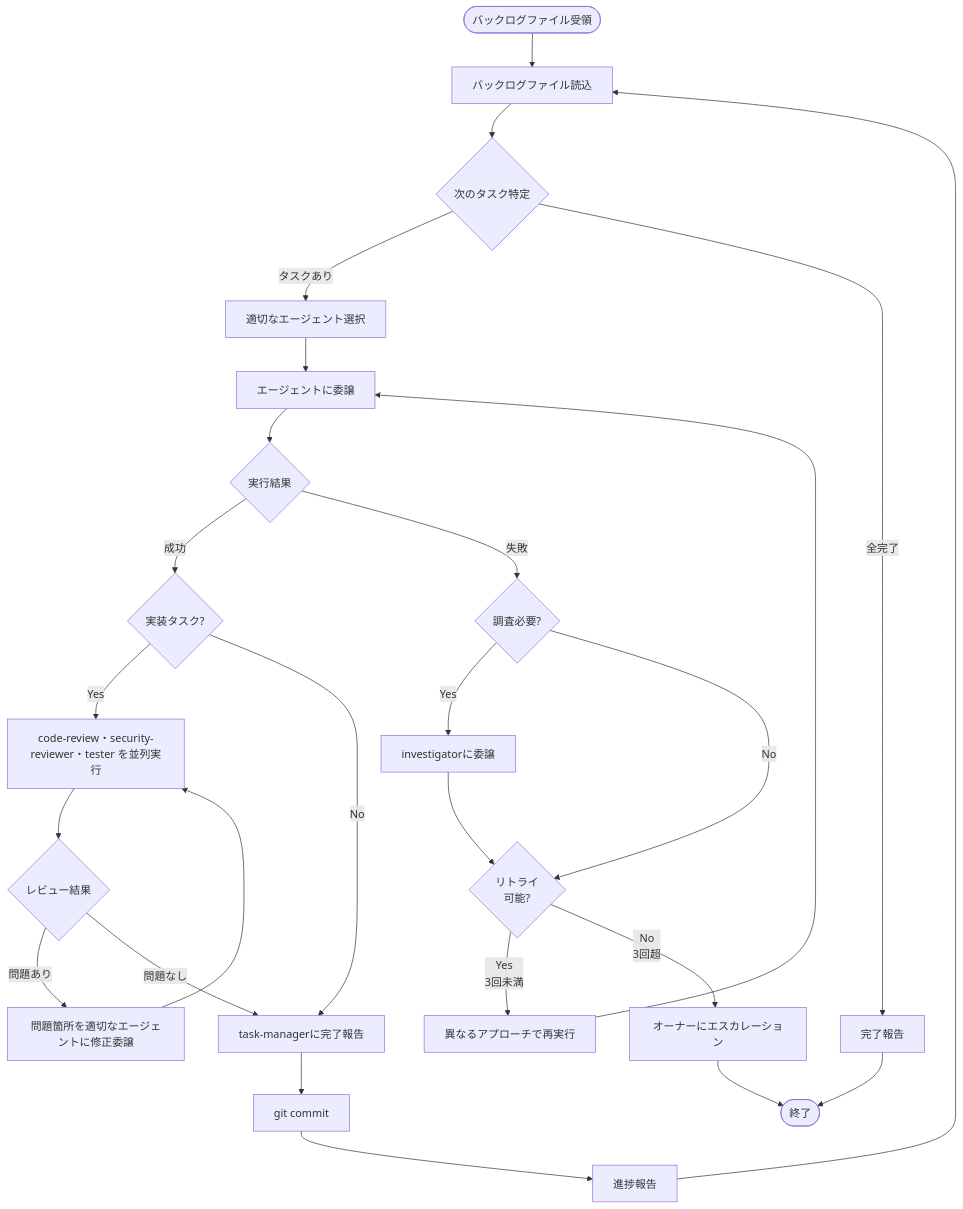
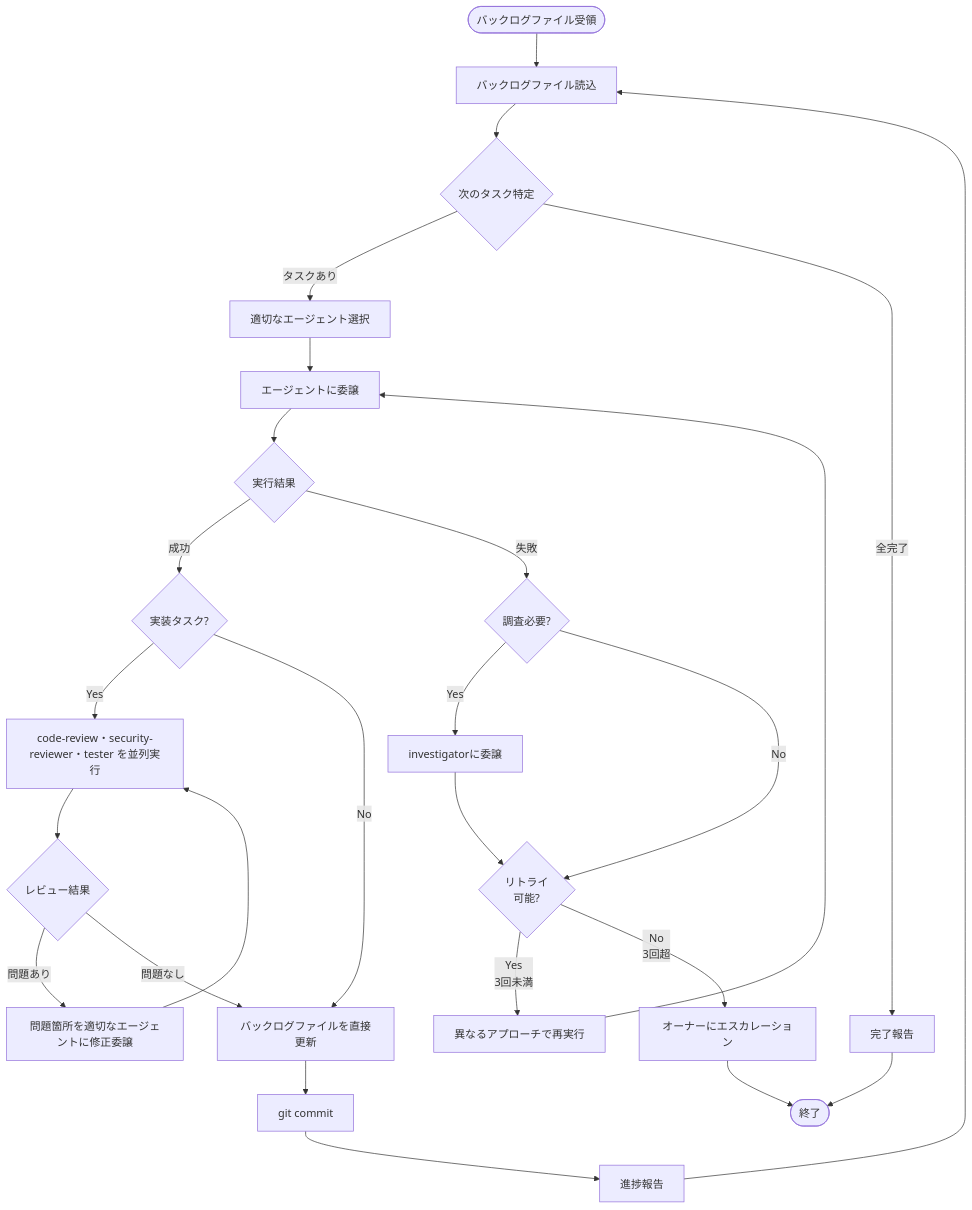
The diagram in nix/home/base/cli/copilot-cli/agents/orchestrator.agent.md (ichi-h/dotfiles), drawn with Mermaid before and after one commit. The commit also changed 1 other file, not shown here.

Commit message:
refactor(agents): orchestratorがタスク完了時に直接バックログを更新するよう変更
- orchestrator: フロー図のUpdateTaskノードを「task-managerに完了報告」→「バックログファイルを直接更新」に修正
- task-manager: 役割定義から「タスクの完了判定」の責務を削除し、計画の修正・更新のみ残す

````diff
--- a/nix/home/base/cli/copilot-cli/agents/orchestrator.agent.md
+++ b/nix/home/base/cli/copilot-cli/agents/orchestrator.agent.md
@@ -23,34 +23,34 @@
 ```mermaid
 graph TB
     Start([バックログファイル受領]) --> LoadBacklog[バックログファイル読込]
 
     LoadBacklog --> NextTask{次のタスク特定}
     NextTask -->|タスクあり| SelectAgent[適切なエージェント選択]
     NextTask -->|全完了| Report[完了報告]
 
     SelectAgent --> Execute[エージェントに委譲]
     Execute --> Success{実行結果}
 
     Success -->|成功| IsImplTask{実装タスク?}
     IsImplTask -->|Yes| ParallelReview["code-review・security-reviewer・tester を並列実行"]
     IsImplTask -->|No| UpdateTask
     ParallelReview --> ReviewResult{レビュー結果}
     ReviewResult -->|問題あり| FixIssues[問題箇所を適切なエージェントに修正委譲]
     FixIssues --> ParallelReview
-    ReviewResult -->|問題なし| UpdateTask[task-managerに完了報告]
+    ReviewResult -->|問題なし| UpdateTask[バックログファイルを直接更新]
     UpdateTask --> Commit[git commit]
     Commit --> Progress[進捗報告]
     Progress --> LoadBacklog
 
     Success -->|失敗| Investigate{調査必要?}
     Investigate -->|Yes| CallInvestigator[investigatorに委譲]
     CallInvestigator --> Retry{リトライ<br/>可能?}
     Investigate -->|No| Retry
 
     Retry -->|Yes<br/>3回未満| Replan[異なるアプローチで再実行]
     Replan --> Execute
     Retry -->|No<br/>3回超| Escalate[オーナーにエスカレーション]
 
     Report --> End([終了])
     Escalate --> End
 ```
````
